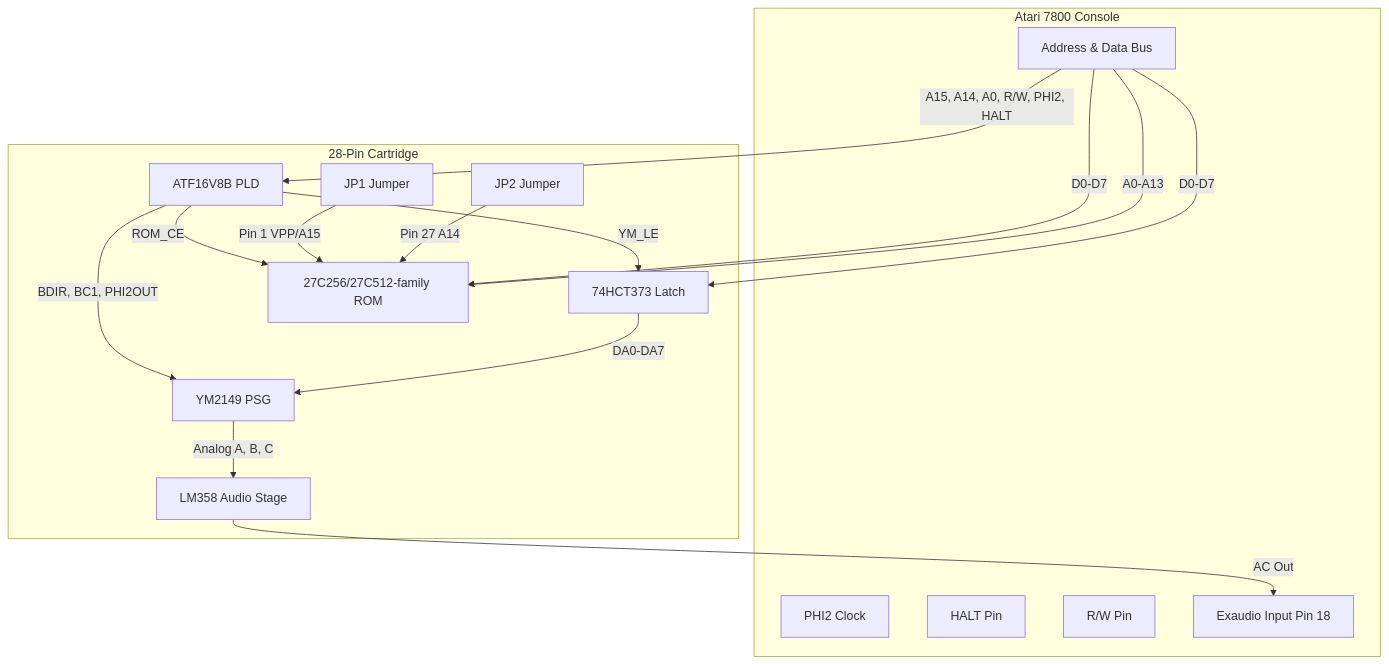
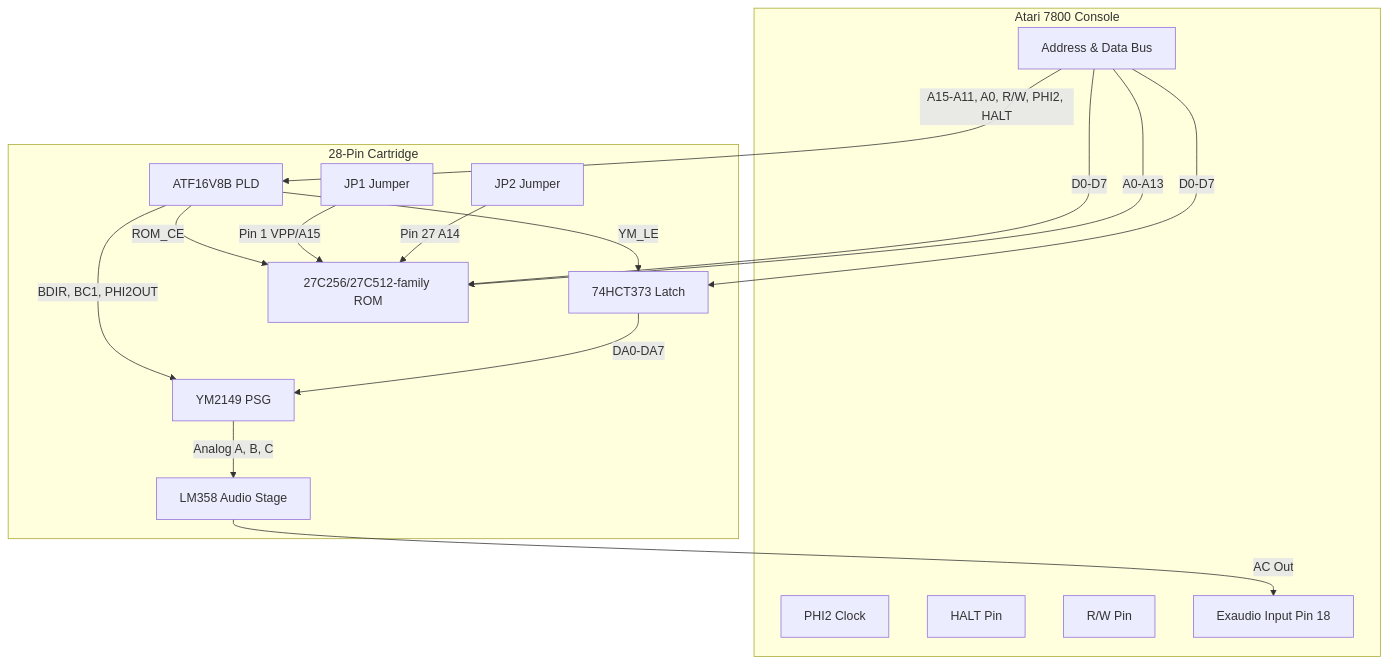
One commit to jbsohn/lokey-7800-ym changed the diagram in docs/Hardware-28pin.md. Above: the diagram before and after it, drawn with Mermaid. The commit also changed other lines of this file and 15 other files, not shown here.

````diff
--- a/docs/Hardware-28pin.md
+++ b/docs/Hardware-28pin.md
@@ -36,36 +36,36 @@
 ```mermaid
 graph TD
     subgraph Atari 7800 Console
         Bus[Address & Data Bus]
         Phi2[PHI2 Clock]
         Halt[HALT Pin]
         RW[R/W Pin]
         Exaudio[Exaudio Input Pin 18]
     end
 
     subgraph 28-Pin Cartridge
         GAL[ATF16V8B PLD]
         Latch[74HCT373 Latch]
         YM[YM2149 PSG]
         ROM[27C256/27C512-family ROM]
         Mixer[LM358 Audio Stage]
         JP1[JP1 Jumper]
         JP2[JP2 Jumper]
     end
 
-    Bus -->|A15, A14, A0, R/W, PHI2, HALT| GAL
+    Bus -->|A15-A11, A0, R/W, PHI2, HALT| GAL
     Bus -->|D0-D7| Latch
     Bus -->|D0-D7| ROM
     Bus -->|A0-A13| ROM
 
     GAL -->|ROM_CE| ROM
     GAL -->|YM_LE| Latch
     GAL -->|BDIR, BC1, PHI2OUT| YM
 
     Latch -->|DA0-DA7| YM
     JP1 -->|Pin 1 VPP/A15| ROM
     JP2 -->|Pin 27 A14| ROM
 
     YM -->|Analog A, B, C| Mixer
     Mixer -->|AC Out| Exaudio
 ```
````
